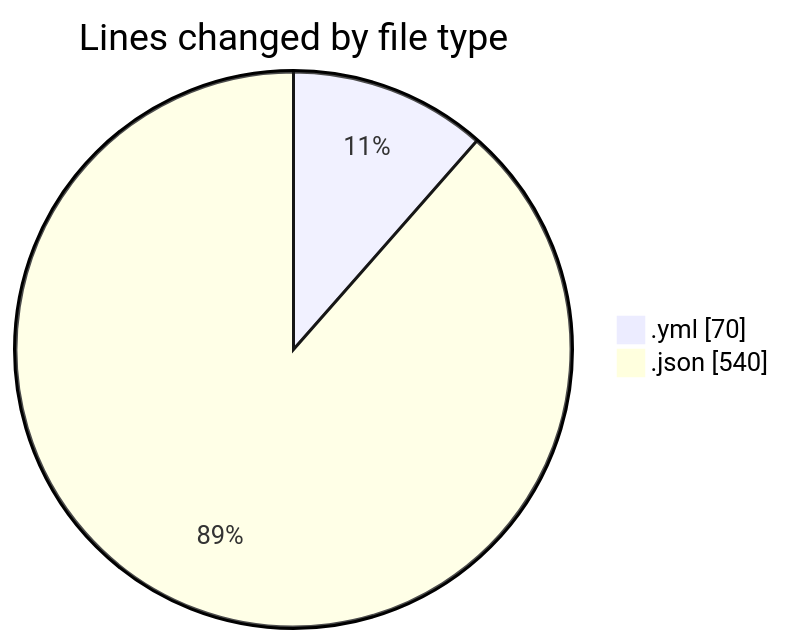
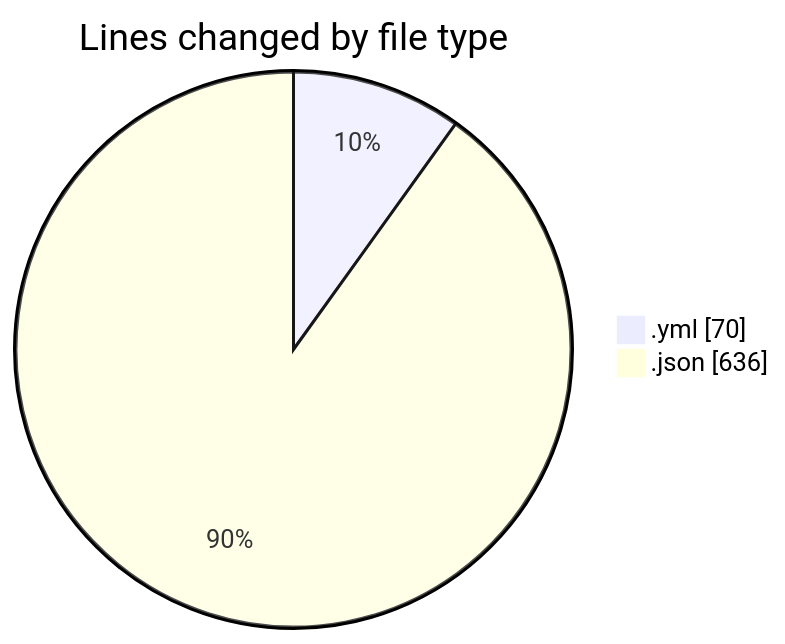
The first of 2 diagrams in 2026-07-12/downloads/README.md (momahboobian/code-tracking), drawn with Mermaid before and after one commit. The commit also changed other lines of this file and 1 other file, not shown here.

````diff
--- a/2026-07-12/downloads/README.md
+++ b/2026-07-12/downloads/README.md
@@ -22,6 +22,6 @@
 ```mermaid
 pie showData
 title Lines changed by file type
 ".yml" : 70
-".json" : 540
+".json" : 636
 ```
````
